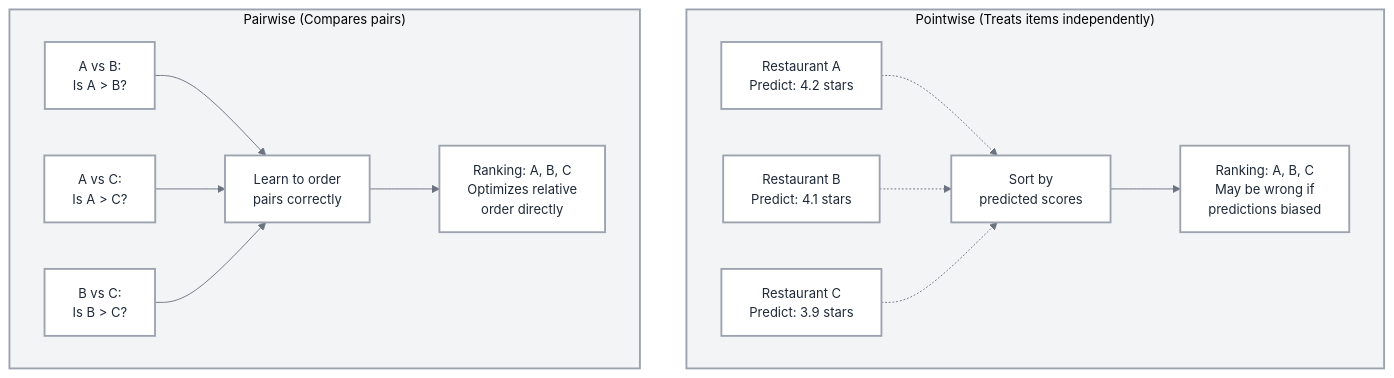
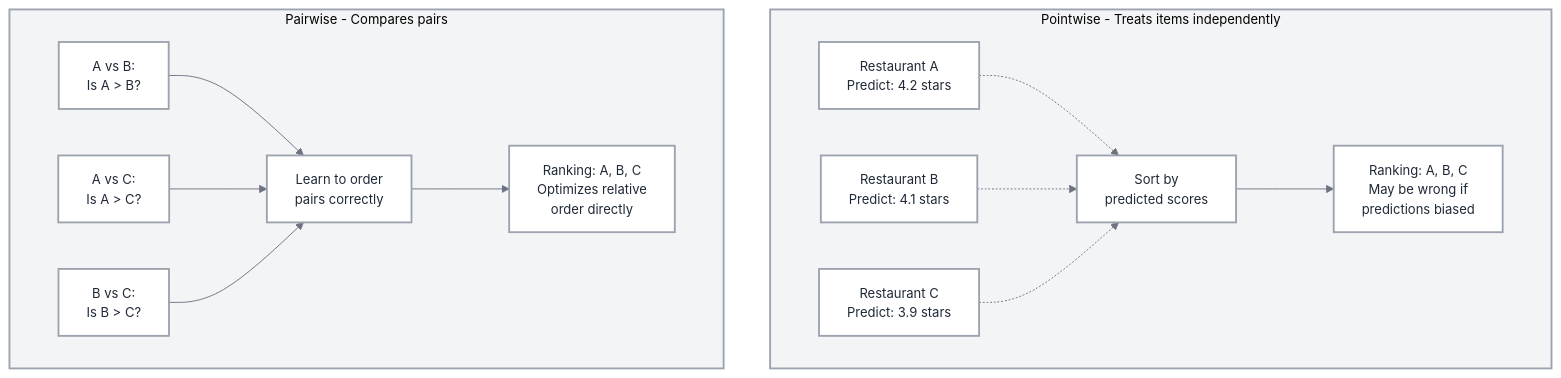
Before and after one commit to saraswatmks/saraswatmks.github.com: the first of 4 diagrams in _posts/2026/2026-02-07-lightgbm_pairwise_lambdarank.md, drawn with Mermaid. The commit also changed other lines of this file, not shown here.

```diff
--- a/_posts/2026/2026-02-07-lightgbm_pairwise_lambdarank.md
+++ b/_posts/2026/2026-02-07-lightgbm_pairwise_lambdarank.md
@@ -52,47 +52,53 @@
 <div class="mermaid">
 %%{init: {
   'theme': 'base',
   'themeVariables': {
     'primaryColor': '#FFFFFF',
     'primaryTextColor': '#1F2937',
     'primaryBorderColor': '#9CA3AF',
     'lineColor': '#6B7280',
     'fontSize': '14px',
     'fontFamily': 'system-ui, -apple-system, sans-serif'
+  },
+  'flowchart': {
+    'nodeSpacing': 50,
+    'rankSpacing': 80,
+    'padding': 15,
+    'useMaxWidth': true
   }
 }}%%
 
 graph TD
-    subgraph Pointwise["Pointwise (Treats items independently)"]
-        P1[Restaurant A<br/>Predict: 4.2 stars]
-        P2[Restaurant B<br/>Predict: 4.1 stars]
-        P3[Restaurant C<br/>Predict: 3.9 stars]
-        P1 -.-> P_SORT[Sort by<br/>predicted scores]
+    subgraph Pointwise["Pointwise - Treats items independently"]
+        P1["Restaurant A<br/>Predict: 4.2 stars"]
+        P2["Restaurant B<br/>Predict: 4.1 stars"]
+        P3["Restaurant C<br/>Predict: 3.9 stars"]
+        P1 -.-> P_SORT["Sort by<br/>predicted scores"]
         P2 -.-> P_SORT
         P3 -.-> P_SORT
-        P_SORT --> P_RESULT[Ranking: A, B, C<br/>May be wrong if<br/>predictions biased]
+        P_SORT --> P_RESULT["Ranking: A, B, C<br/>May be wrong if<br/>predictions biased"]
     end
 
-    subgraph Pairwise["Pairwise (Compares pairs)"]
-        Q1[A vs B:<br/>Is A > B?]
-        Q2[A vs C:<br/>Is A > C?]
-        Q3[B vs C:<br/>Is B > C?]
-        Q1 --> Q_LEARN[Learn to order<br/>pairs correctly]
+    subgraph Pairwise["Pairwise - Compares pairs"]
+        Q1["A vs B:<br/>Is A > B?"]
+        Q2["A vs C:<br/>Is A > C?"]
+        Q3["B vs C:<br/>Is B > C?"]
+        Q1 --> Q_LEARN["Learn to order<br/>pairs correctly"]
         Q2 --> Q_LEARN
         Q3 --> Q_LEARN
-        Q_LEARN --> Q_RESULT[Ranking: A, B, C<br/>Optimizes relative<br/>order directly]
+        Q_LEARN --> Q_RESULT["Ranking: A, B, C<br/>Optimizes relative<br/>order directly"]
     end
 
     style P1 fill:#FFFFFF,stroke:#9CA3AF,stroke-width:2px,color:#1F2937
     style P2 fill:#FFFFFF,stroke:#9CA3AF,stroke-width:2px,color:#1F2937
     style P3 fill:#FFFFFF,stroke:#9CA3AF,stroke-width:2px,color:#1F2937
     style P_SORT fill:#FFFFFF,stroke:#9CA3AF,stroke-width:2px,color:#1F2937
     style P_RESULT fill:#FFFFFF,stroke:#9CA3AF,stroke-width:2px,color:#1F2937
     style Q1 fill:#FFFFFF,stroke:#9CA3AF,stroke-width:2px,color:#1F2937
     style Q2 fill:#FFFFFF,stroke:#9CA3AF,stroke-width:2px,color:#1F2937
     style Q3 fill:#FFFFFF,stroke:#9CA3AF,stroke-width:2px,color:#1F2937
     style Q_LEARN fill:#FFFFFF,stroke:#9CA3AF,stroke-width:2px,color:#1F2937
     style Q_RESULT fill:#FFFFFF,stroke:#9CA3AF,stroke-width:2px,color:#1F2937
     style Pointwise fill:#F3F4F6,stroke:#9CA3AF,stroke-width:2px
     style Pairwise fill:#F3F4F6,stroke:#9CA3AF,stroke-width:2px
 </div>
```
